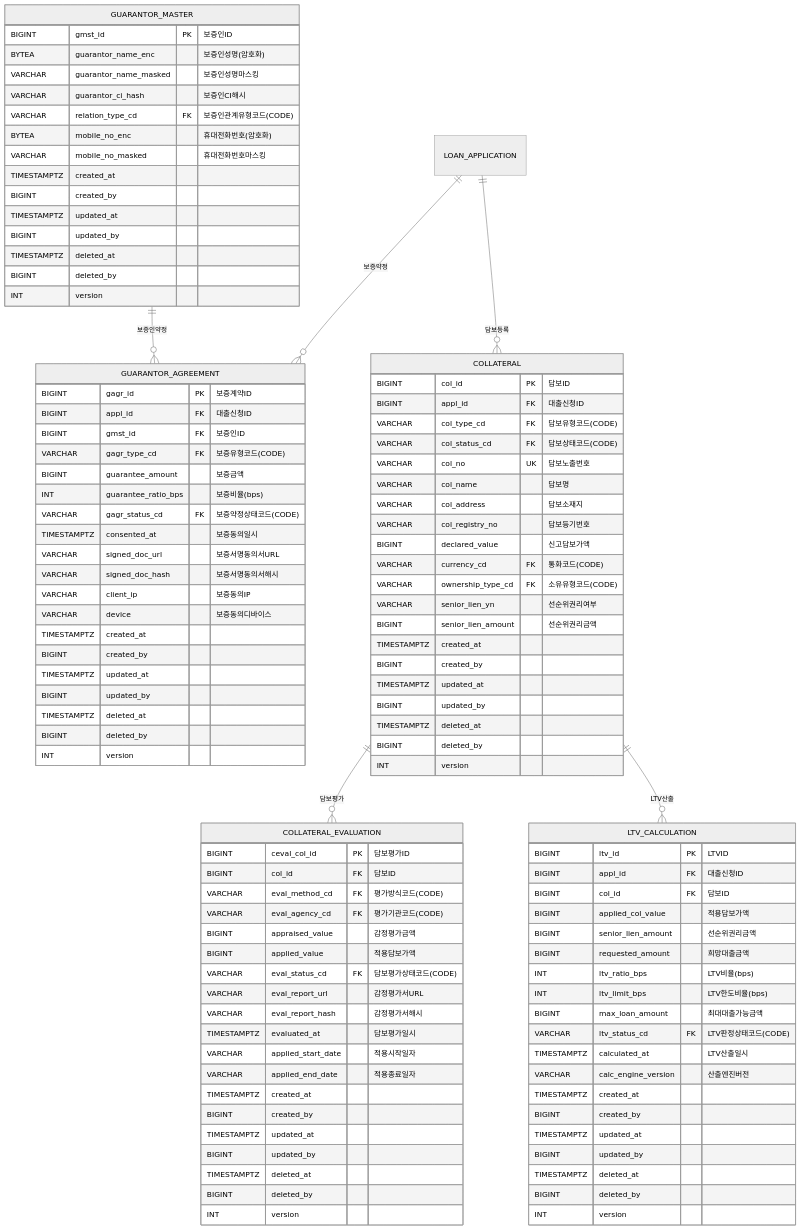
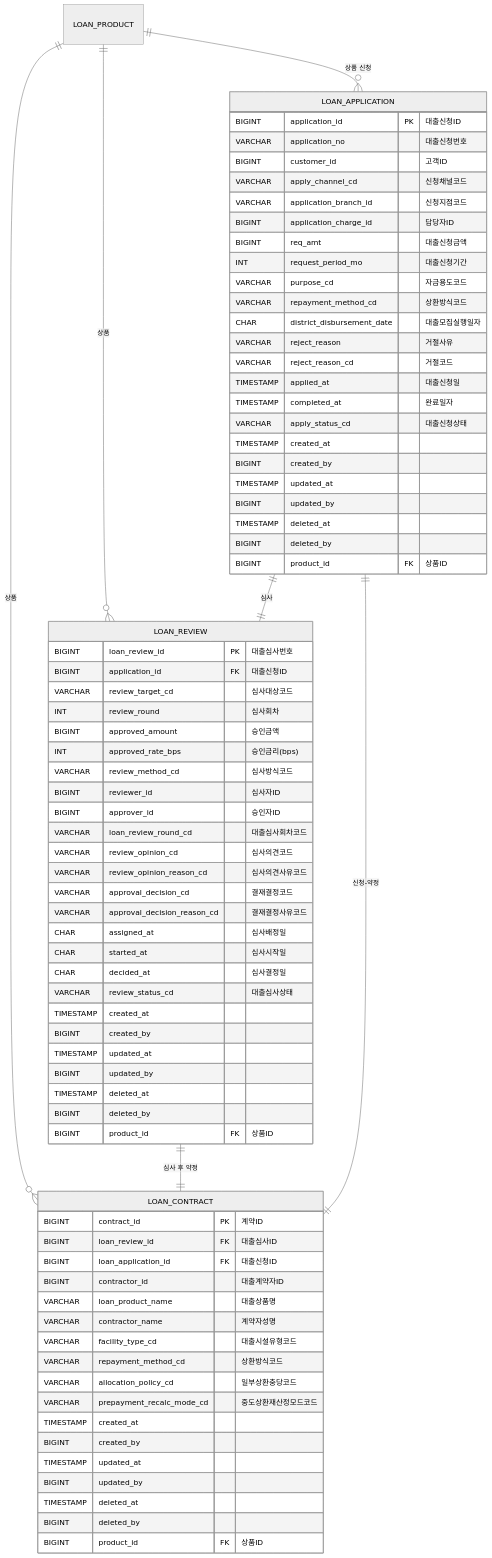
One commit to asitwas729/internet_banking changed the third of 8 diagrams in docs/loan_erd.md. Above: the diagram before and after it, drawn with Mermaid (neutral theme). The commit also changed other lines of this file and 106 other files, not shown here.

````diff
--- a/docs/loan_erd.md
+++ b/docs/loan_erd.md
@@ -319,114 +76,83 @@
 ```mermaid
 erDiagram
-    GUARANTOR_MASTER {
-        BIGINT gmst_id PK "보증인ID"
-        BYTEA guarantor_name_enc "보증인성명(암호화)"
-        VARCHAR guarantor_name_masked "보증인성명마스킹"
-        VARCHAR guarantor_ci_hash "보증인CI해시"
-        VARCHAR relation_type_cd FK "보증인관계유형코드(CODE)"
-        BYTEA mobile_no_enc "휴대전화번호(암호화)"
-        VARCHAR mobile_no_masked "휴대전화번호마스킹"
-        TIMESTAMPTZ created_at
+    LOAN_APPLICATION {
+        BIGINT application_id PK "대출신청ID"
+        VARCHAR application_no "대출신청번호"
+        BIGINT customer_id "고객ID"
+        VARCHAR apply_channel_cd "신청채널코드"
+        VARCHAR application_branch_id "신청지점코드"
+        BIGINT application_charge_id "담당자ID"
+        BIGINT req_amt "대출신청금액"
+        INT request_period_mo "대출신청기간"
+        VARCHAR purpose_cd "자금용도코드"
+        VARCHAR repayment_method_cd "상환방식코드"
+        CHAR district_disbursement_date "대출모집실행일자"
+        VARCHAR reject_reason "거절사유"
+        VARCHAR reject_reason_cd "거절코드"
+        TIMESTAMP applied_at "대출신청일"
+        TIMESTAMP completed_at "완료일자"
+        VARCHAR apply_status_cd "대출신청상태"
+        TIMESTAMP created_at
         BIGINT created_by
-        TIMESTAMPTZ updated_at
+        TIMESTAMP updated_at
         BIGINT updated_by
-        TIMESTAMPTZ deleted_at
+        TIMESTAMP deleted_at
         BIGINT deleted_by
-        INT version
+        BIGINT product_id FK "상품ID"
     }
 
-    GUARANTOR_AGREEMENT {
-        BIGINT gagr_id PK "보증계약ID"
-        BIGINT appl_id FK "대출신청ID"
-        BIGINT gmst_id FK "보증인ID"
-        VARCHAR gagr_type_cd FK "보증유형코드(CODE)"
-        BIGINT guarantee_amount "보증금액"
-        INT guarantee_ratio_bps "보증비율(bps)"
-        VARCHAR gagr_status_cd FK "보증약정상태코드(CODE)"
-        TIMESTAMPTZ consented_at "보증동의일시"
-        VARCHAR signed_doc_url "보증서명동의서URL"
-        VARCHAR signed_doc_hash "보증서명동의서해시"
-        VARCHAR client_ip "보증동의IP"
-        VARCHAR device "보증동의디바이스"
-        TIMESTAMPTZ created_at
+    LOAN_REVIEW {
+        BIGINT loan_review_id PK "대출심사번호"
+        BIGINT application_id FK "대출신청ID"
+        VARCHAR review_target_cd "심사대상코드"
+        INT review_round "심사회차"
+        BIGINT approved_amount "승인금액"
+        INT approved_rate_bps "승인금리(bps)"
+        VARCHAR review_method_cd "심사방식코드"
+        BIGINT reviewer_id "심사자ID"
+        BIGINT approver_id "승인자ID"
+        VARCHAR loan_review_round_cd "대출심사회차코드"
+        VARCHAR review_opinion_cd "심사의견코드"
+        VARCHAR review_opinion_reason_cd "심사의견사유코드"
+        VARCHAR approval_decision_cd "결재결정코드"
+        VARCHAR approval_decision_reason_cd "결재결정사유코드"
+        CHAR assigned_at "심사배정일"
+        CHAR started_at "심사시작일"
+        CHAR decided_at "심사결정일"
+        VARCHAR review_status_cd "대출심사상태"
+        TIMESTAMP created_at
         BIGINT created_by
-        TIMESTAMPTZ updated_at
+        TIMESTAMP updated_at
         BIGINT updated_by
-        TIMESTAMPTZ deleted_at
+        TIMESTAMP deleted_at
         BIGINT deleted_by
-        INT version
+        BIGINT product_id FK "상품ID"
     }
 
-    COLLATERAL {
-        BIGINT col_id PK "담보ID"
-        BIGINT appl_id FK "대출신청ID"
-        VARCHAR col_type_cd FK "담보유형코드(CODE)"
-        VARCHAR col_status_cd FK "담보상태코드(CODE)"
-        VARCHAR col_no UK "담보노출번호"
-        VARCHAR col_name "담보명"
-        VARCHAR col_address "담보소재지"
-        VARCHAR col_registry_no "담보등기번호"
-        BIGINT declared_value "신고담보가액"
-        VARCHAR currency_cd FK "통화코드(CODE)"
-        VARCHAR ownership_type_cd FK "소유유형코드(CODE)"
-        VARCHAR senior_lien_yn "선순위권리여부"
-        BIGINT senior_lien_amount "선순위권리금액"
-        TIMESTAMPTZ created_at
+    LOAN_CONTRACT {
+        BIGINT contract_id PK "계약ID"
+        BIGINT loan_review_id FK "대출심사ID"
+        BIGINT loan_application_id FK "대출신청ID"
+        BIGINT contractor_id "대출계약자ID"
+        VARCHAR loan_product_name "대출상품명"
+        VARCHAR contractor_name "계약자성명"
+        VARCHAR facility_type_cd "대출시설유형코드"
+        VARCHAR repayment_method_cd "상환방식코드"
+        VARCHAR allocation_policy_cd "일부상환충당코드"
+        VARCHAR prepayment_recalc_mode_cd "중도상환재산정모드코드"
+        TIMESTAMP created_at
         BIGINT created_by
-        TIMESTAMPTZ updated_at
+        TIMESTAMP updated_at
         BIGINT updated_by
-        TIMESTAMPTZ deleted_at
+        TIMESTAMP deleted_at
         BIGINT deleted_by
-        INT version
+        BIGINT product_id FK "상품ID"
     }
 
-    COLLATERAL_EVALUATION {
-        BIGINT ceval_col_id PK "담보평가ID"
-        BIGINT col_id FK "담보ID"
-        VARCHAR eval_method_cd FK "평가방식코드(CODE)"
-        VARCHAR eval_agency_cd FK "평가기관코드(CODE)"
-        BIGINT appraised_value "감정평가금액"
-        BIGINT applied_value "적용담보가액"
-        VARCHAR eval_status_cd FK "담보평가상태코드(CODE)"
-        VARCHAR eval_report_url "감정평가서URL"
-        VARCHAR eval_report_hash "감정평가서해시"
-        TIMESTAMPTZ evaluated_at "담보평가일시"
-        VARCHAR applied_start_date "적용시작일자"
-        VARCHAR applied_end_date "적용종료일자"
-        TIMESTAMPTZ created_at
-        BIGINT created_by
-        TIMESTAMPTZ updated_at
-        BIGINT updated_by
-        TIMESTAMPTZ deleted_at
-        BIGINT deleted_by
-        INT version
-    }
-
-    LTV_CALCULATION {
-        BIGINT ltv_id PK "LTVID"
-        BIGINT appl_id FK "대출신청ID"
-        BIGINT col_id FK "담보ID"
-        BIGINT applied_col_value "적용담보가액"
-        BIGINT senior_lien_amount "선순위권리금액"
-        BIGINT requested_amount "희망대출금액"
-        INT ltv_ratio_bps "LTV비율(bps)"
-        INT ltv_limit_bps "LTV한도비율(bps)"
-        BIGINT max_loan_amount "최대대출가능금액"
-        VARCHAR ltv_status_cd FK "LTV판정상태코드(CODE)"
-        TIMESTAMPTZ calculated_at "LTV산출일시"
-        VARCHAR calc_engine_version "산출엔진버전"
-        TIMESTAMPTZ created_at
-        BIGINT created_by
-        TIMESTAMPTZ updated_at
-        BIGINT updated_by
-        TIMESTAMPTZ deleted_at
-        BIGINT deleted_by
-        INT version
-    }
-
-    GUARANTOR_MASTER ||--o{ GUARANTOR_AGREEMENT : "보증인약정"
-    LOAN_APPLICATION ||--o{ GUARANTOR_AGREEMENT : "보증약정"
-    LOAN_APPLICATION ||--o{ COLLATERAL : "담보등록"
-    COLLATERAL ||--o{ COLLATERAL_EVALUATION : "담보평가"
-    COLLATERAL ||--o{ LTV_CALCULATION : "LTV산출"
+    LOAN_PRODUCT ||--o{ LOAN_APPLICATION : "상품 신청"
+    LOAN_PRODUCT ||--o{ LOAN_REVIEW : "상품"
+    LOAN_PRODUCT ||--o{ LOAN_CONTRACT : "상품"
+    LOAN_APPLICATION ||--|| LOAN_REVIEW : "심사"
+    LOAN_REVIEW ||--|| LOAN_CONTRACT : "심사 후 약정"
+    LOAN_APPLICATION ||--|| LOAN_CONTRACT : "신청-약정"
 ```
````
